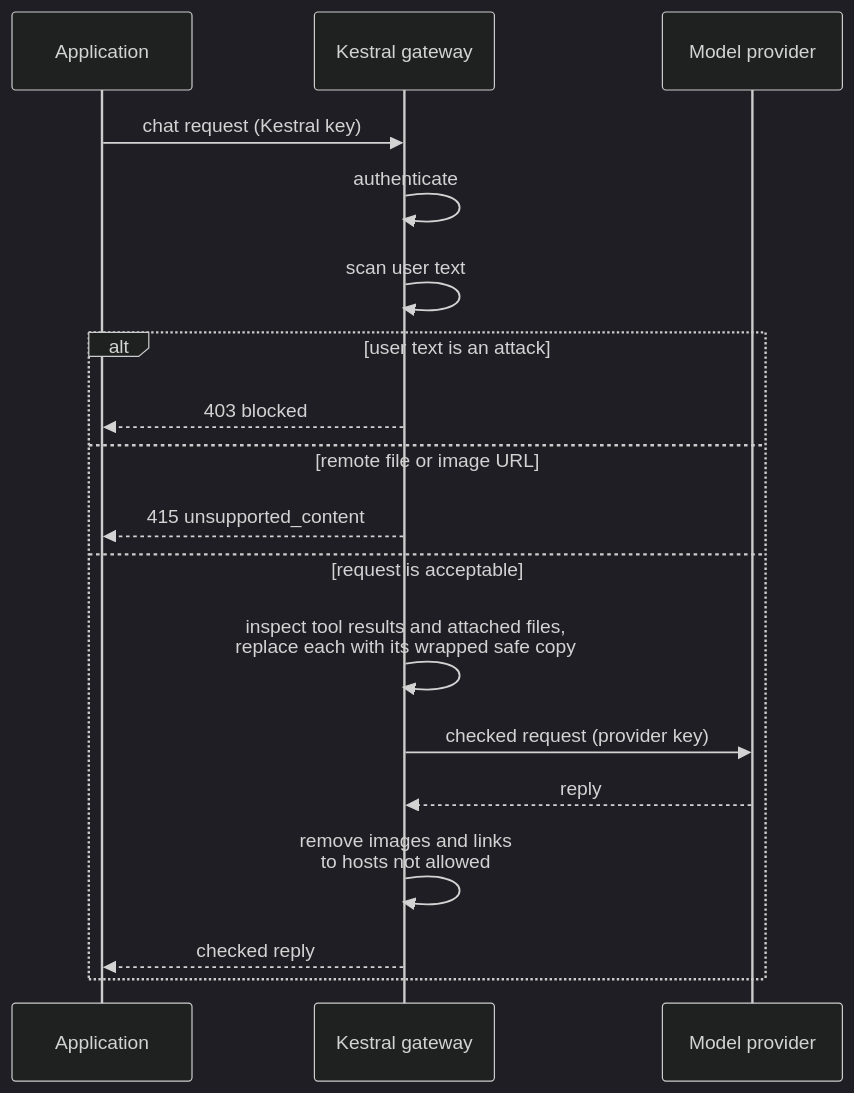
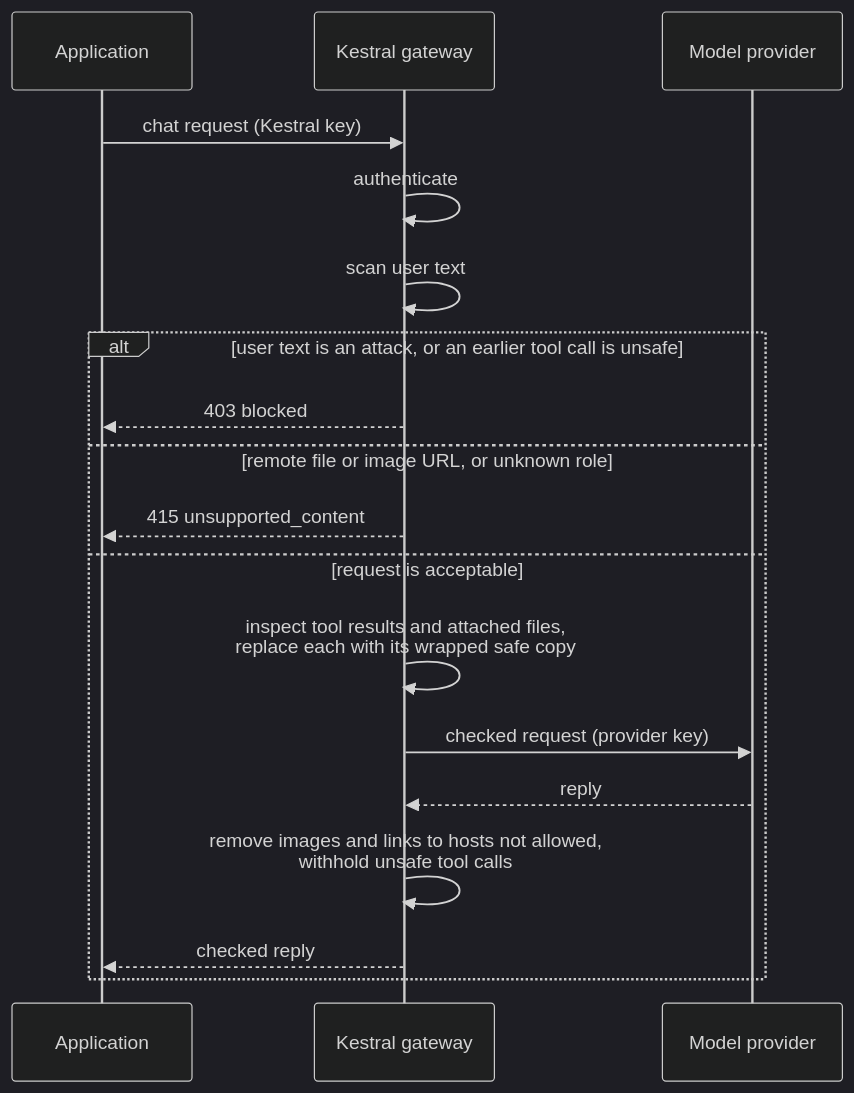
One commit to lokeshmittal08/Kestral changed the fifth of 5 diagrams in docs/ARCHITECTURE.md. Above: the diagram before and after it, drawn with Mermaid (dark theme). The commit also changed other lines of this file and 36 other files, not shown here.

````diff
--- a/docs/ARCHITECTURE.md
+++ b/docs/ARCHITECTURE.md
@@ -260,21 +275,21 @@
 ```mermaid
 sequenceDiagram
     participant App as Application
     participant G as Kestral gateway
     participant P as Model provider
 
     App->>G: chat request (Kestral key)
     G->>G: authenticate
     G->>G: scan user text
-    alt user text is an attack
+    alt user text is an attack, or an earlier tool call is unsafe
         G-->>App: 403 blocked
-    else remote file or image URL
+    else remote file or image URL, or unknown role
         G-->>App: 415 unsupported_content
     else request is acceptable
         G->>G: inspect tool results and attached files,<br/>replace each with its wrapped safe copy
         G->>P: checked request (provider key)
         P-->>G: reply
-        G->>G: remove images and links<br/>to hosts not allowed
+        G->>G: remove images and links to hosts not allowed,<br/>withhold unsafe tool calls
         G-->>App: checked reply
     end
 ```
````
